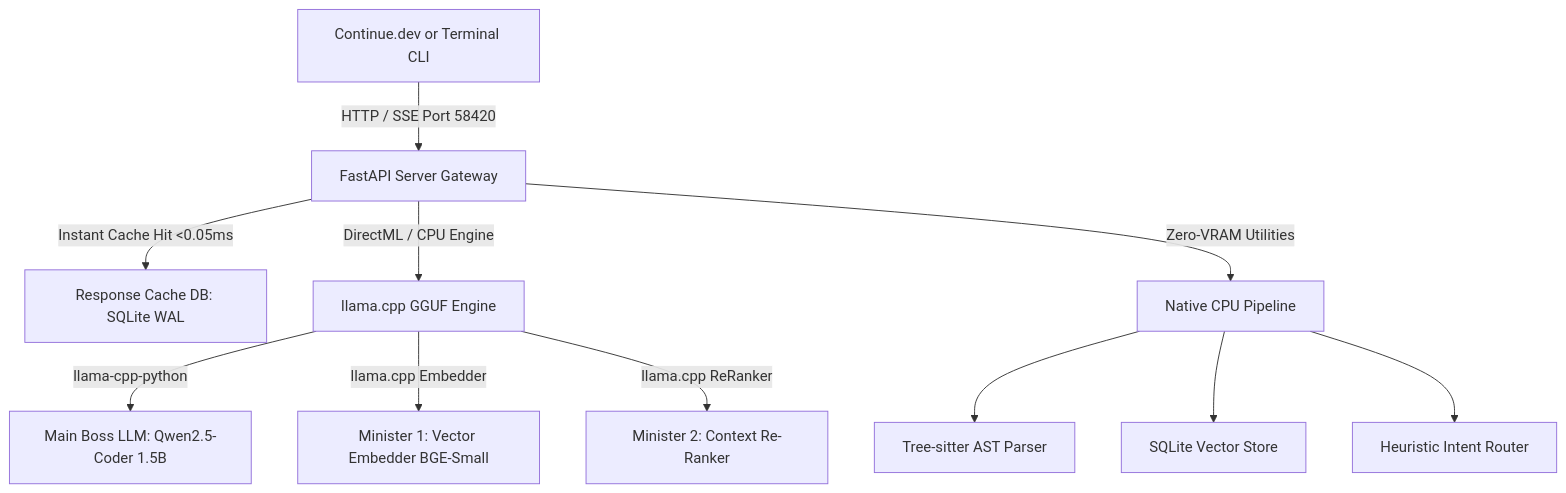
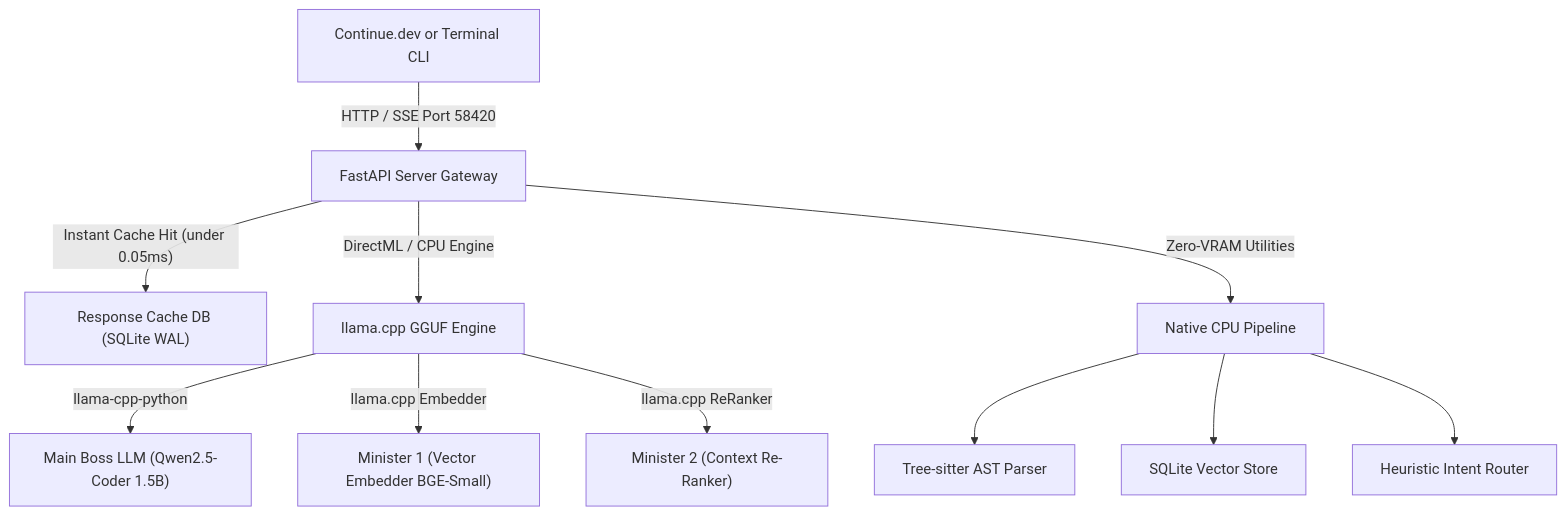
One commit to 7CGPA-Labs/KingdomAIServer changed the diagram in README.md. Above: the diagram before and after it, drawn with Mermaid.

Commit message:
fix(docs): resolve Mermaid diagram rendering error by quoting nodes and removing illegal characters

````diff
--- a/README.md
+++ b/README.md
@@ -19,14 +19,14 @@
 ```mermaid
 graph TD
-    User[Continue.dev or Terminal CLI] -->|HTTP / SSE Port 58420| Server[FastAPI Server Gateway]
-    Server -->|Instant Cache Hit <0.05ms| Cache[Response Cache DB: SQLite WAL]
-    Server -->|DirectML / CPU Engine| Engine[llama.cpp GGUF Engine]
-    Engine -->|llama-cpp-python| Boss[Main Boss LLM: Qwen2.5-Coder 1.5B]
-    Engine -->|llama.cpp Embedder| M1[Minister 1: Vector Embedder BGE-Small]
-    Engine -->|llama.cpp ReRanker| M2[Minister 2: Context Re-Ranker]
+    User["Continue.dev or Terminal CLI"] -->|"HTTP / SSE Port 58420"| Server["FastAPI Server Gateway"]
+    Server -->|"Instant Cache Hit (under 0.05ms)"| Cache["Response Cache DB (SQLite WAL)"]
+    Server -->|"DirectML / CPU Engine"| Engine["llama.cpp GGUF Engine"]
+    Engine -->|"llama-cpp-python"| Boss["Main Boss LLM (Qwen2.5-Coder 1.5B)"]
+    Engine -->|"llama.cpp Embedder"| M1["Minister 1 (Vector Embedder BGE-Small)"]
+    Engine -->|"llama.cpp ReRanker"| M2["Minister 2 (Context Re-Ranker)"]
 
-    Server -->|Zero-VRAM Utilities| Utils[Native CPU Pipeline]
-    Utils --> U1[Tree-sitter AST Parser]
-    Utils --> U2[SQLite Vector Store]
-    Utils --> U3[Heuristic Intent Router]
+    Server -->|"Zero-VRAM Utilities"| Utils["Native CPU Pipeline"]
+    Utils --> U1["Tree-sitter AST Parser"]
+    Utils --> U2["SQLite Vector Store"]
+    Utils --> U3["Heuristic Intent Router"]
 ```
````
